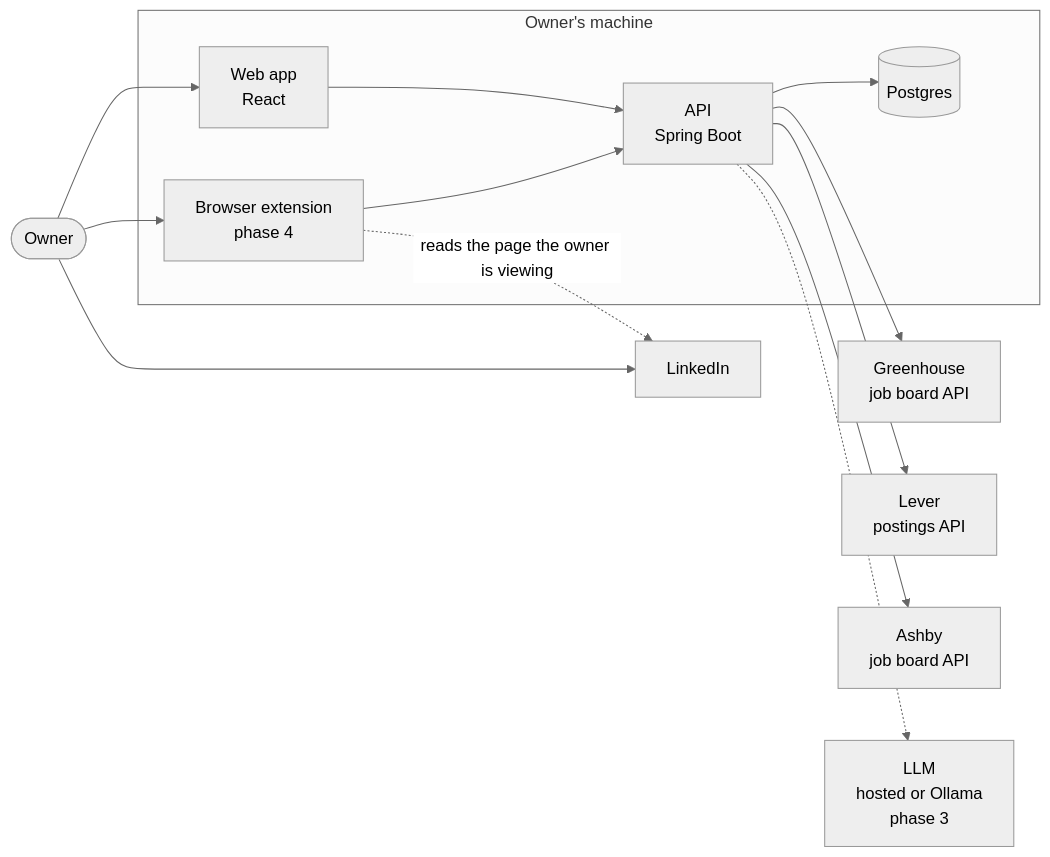
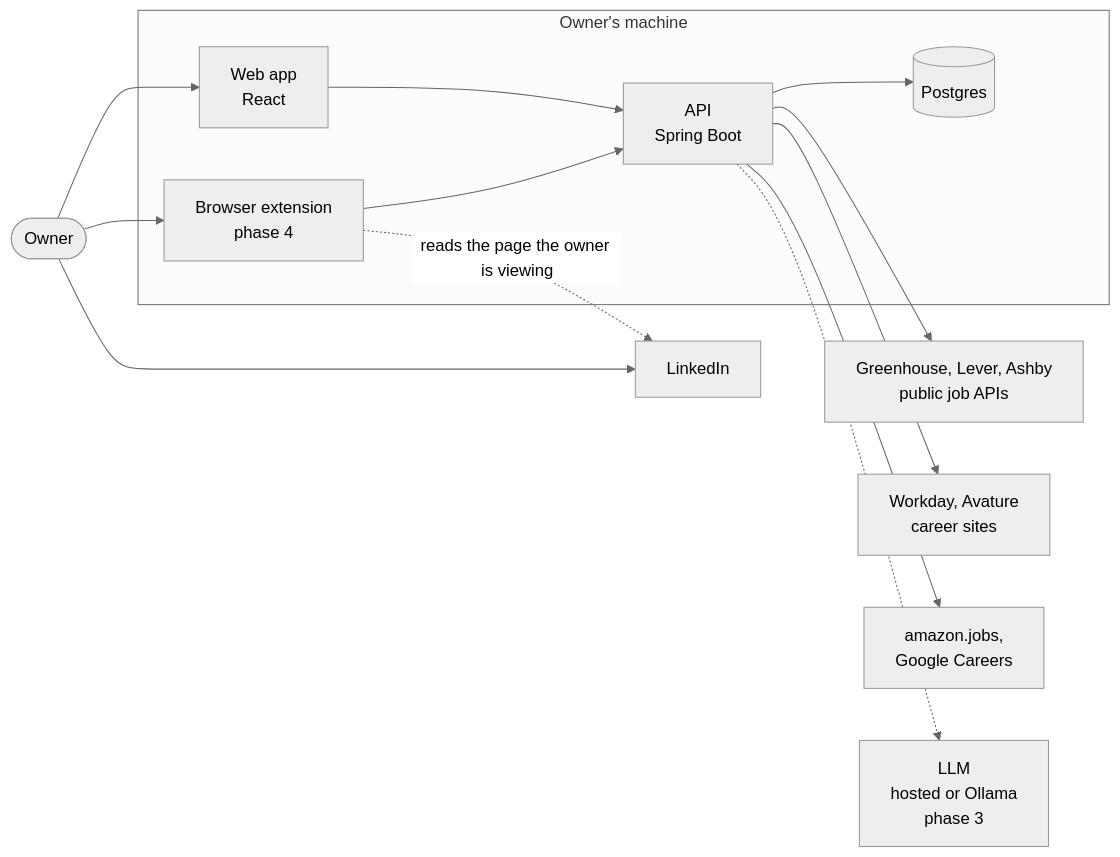
One commit to TechByChibuzo/job-search-assistant changed the first of 5 diagrams in docs/architecture.md. Above: the diagram before and after it, drawn with Mermaid (neutral theme). The commit also changed other lines of this file and 7 other files, not shown here.

````diff
--- a/docs/architecture.md
+++ b/docs/architecture.md
@@ -32,27 +32,27 @@
 ```mermaid
 flowchart LR
     owner([Owner])
     subgraph local[Owner's machine]
         web[Web app<br/>React]
         ext[Browser extension<br/>phase 4]
         api[API<br/>Spring Boot]
         db[(Postgres)]
     end
-    gh[Greenhouse<br/>job board API]
-    lv[Lever<br/>postings API]
-    ab[Ashby<br/>job board API]
+    gh[Greenhouse, Lever, Ashby<br/>public job APIs]
+    lv[Workday, Avature<br/>career sites]
+    ab[amazon.jobs,<br/>Google Careers]
     llm[LLM<br/>hosted or Ollama<br/>phase 3]
     li[LinkedIn]
 
     owner --> web
     owner --> li
     owner --> ext
     web --> api
     ext --> api
     api --> db
     api --> gh
     api --> lv
     api --> ab
     api -.-> llm
     ext -. reads the page the owner is viewing .-> li
 ```
````
